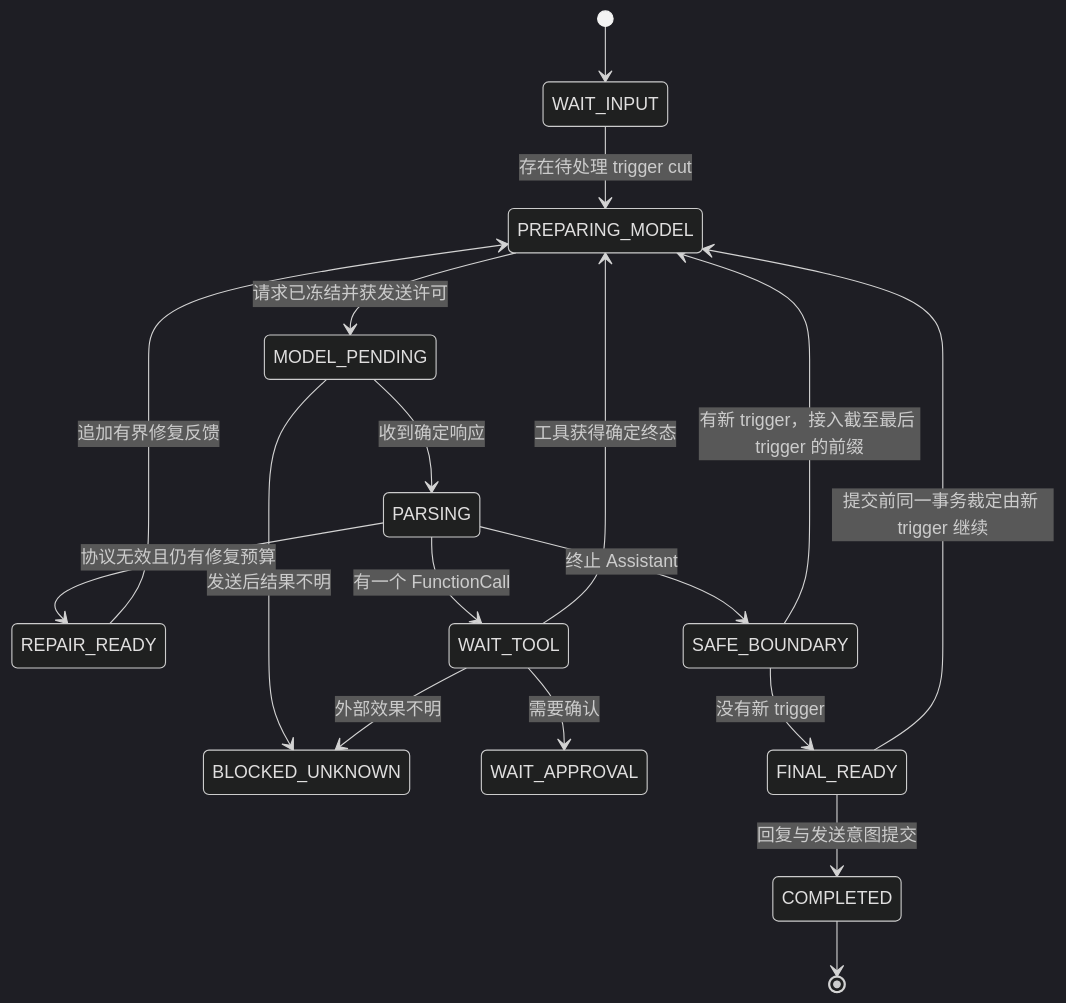
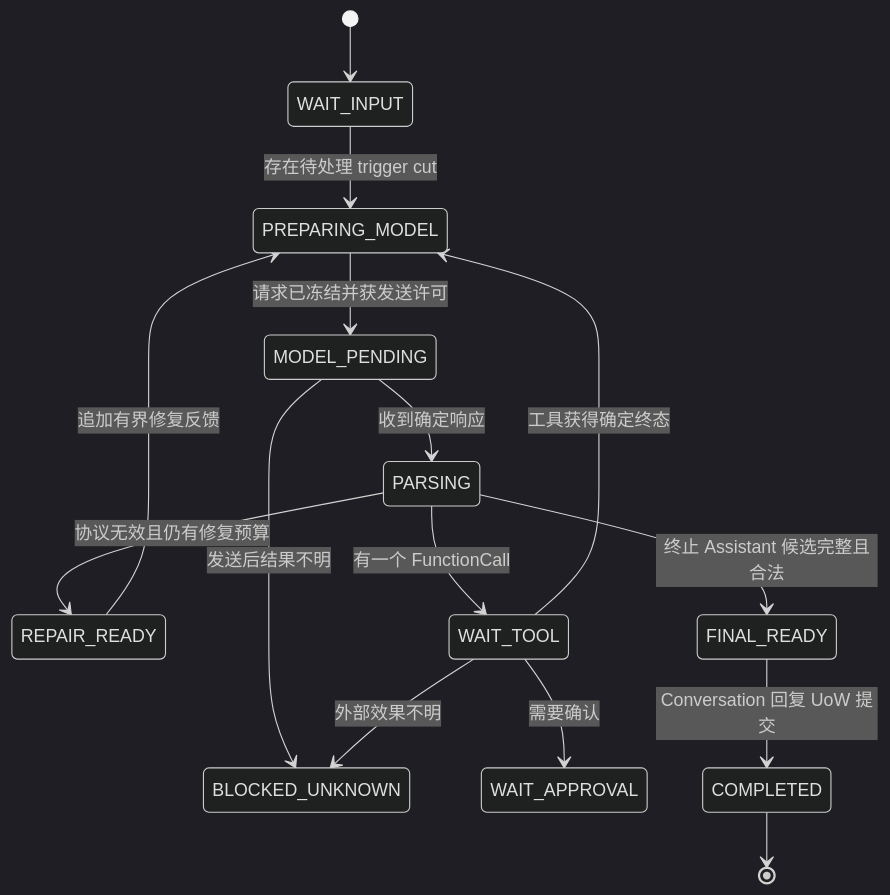
The diagram in doc/p3-agent.md (sjrsjz/forest), drawn with Mermaid (dark theme) before and after one commit. The commit also changed other lines of this file and 20 other files, not shown here.

````diff
--- a/doc/p3-agent.md
+++ b/doc/p3-agent.md
@@ -152,20 +152,17 @@
 ```mermaid
 stateDiagram-v2
     [*] --> WAIT_INPUT
     WAIT_INPUT --> PREPARING_MODEL: 存在待处理 trigger cut
     PREPARING_MODEL --> MODEL_PENDING: 请求已冻结并获发送许可
     MODEL_PENDING --> PARSING: 收到确定响应
     MODEL_PENDING --> BLOCKED_UNKNOWN: 发送后结果不明
     PARSING --> REPAIR_READY: 协议无效且仍有修复预算
     REPAIR_READY --> PREPARING_MODEL: 追加有界修复反馈
     PARSING --> WAIT_TOOL: 有一个 FunctionCall
     WAIT_TOOL --> PREPARING_MODEL: 工具获得确定终态
     WAIT_TOOL --> WAIT_APPROVAL: 需要确认
     WAIT_TOOL --> BLOCKED_UNKNOWN: 外部效果不明
-    PARSING --> SAFE_BOUNDARY: 终止 Assistant
-    SAFE_BOUNDARY --> PREPARING_MODEL: 有新 trigger，接入截至最后 trigger 的前缀
-    SAFE_BOUNDARY --> FINAL_READY: 没有新 trigger
-    FINAL_READY --> COMPLETED: 回复与发送意图提交
-    FINAL_READY --> PREPARING_MODEL: 提交前同一事务裁定由新 trigger 继续
+    PARSING --> FINAL_READY: 终止 Assistant 候选完整且合法
+    FINAL_READY --> COMPLETED: Conversation 回复 UoW 提交
     COMPLETED --> [*]
 ```
````
